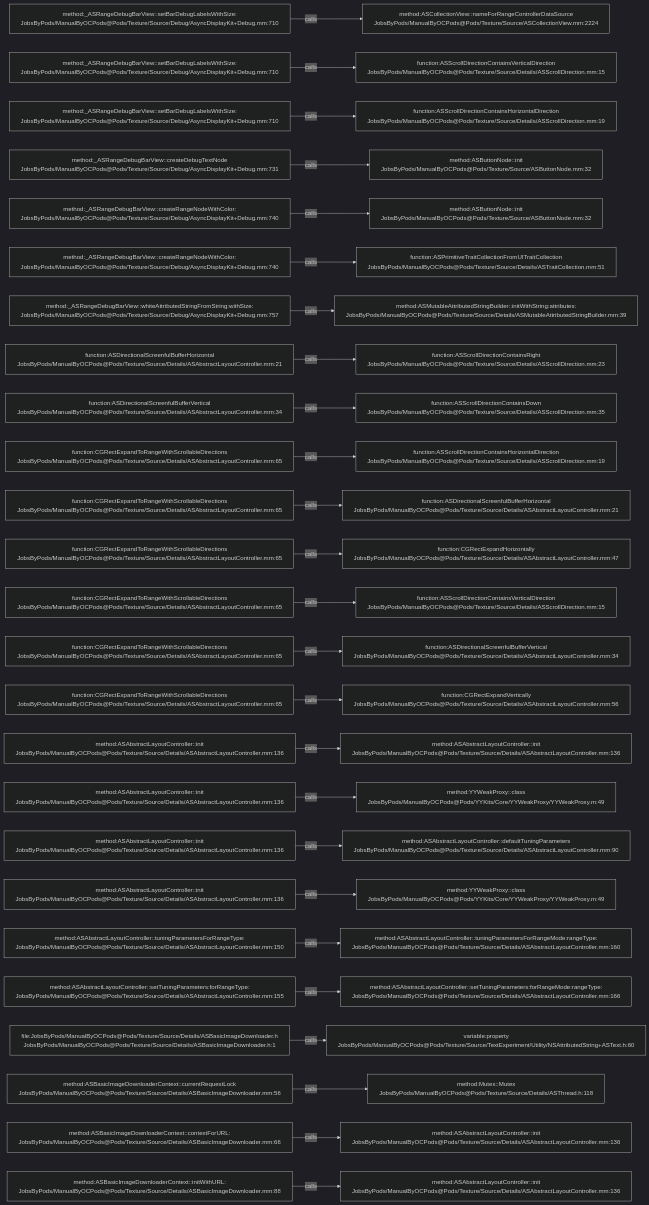
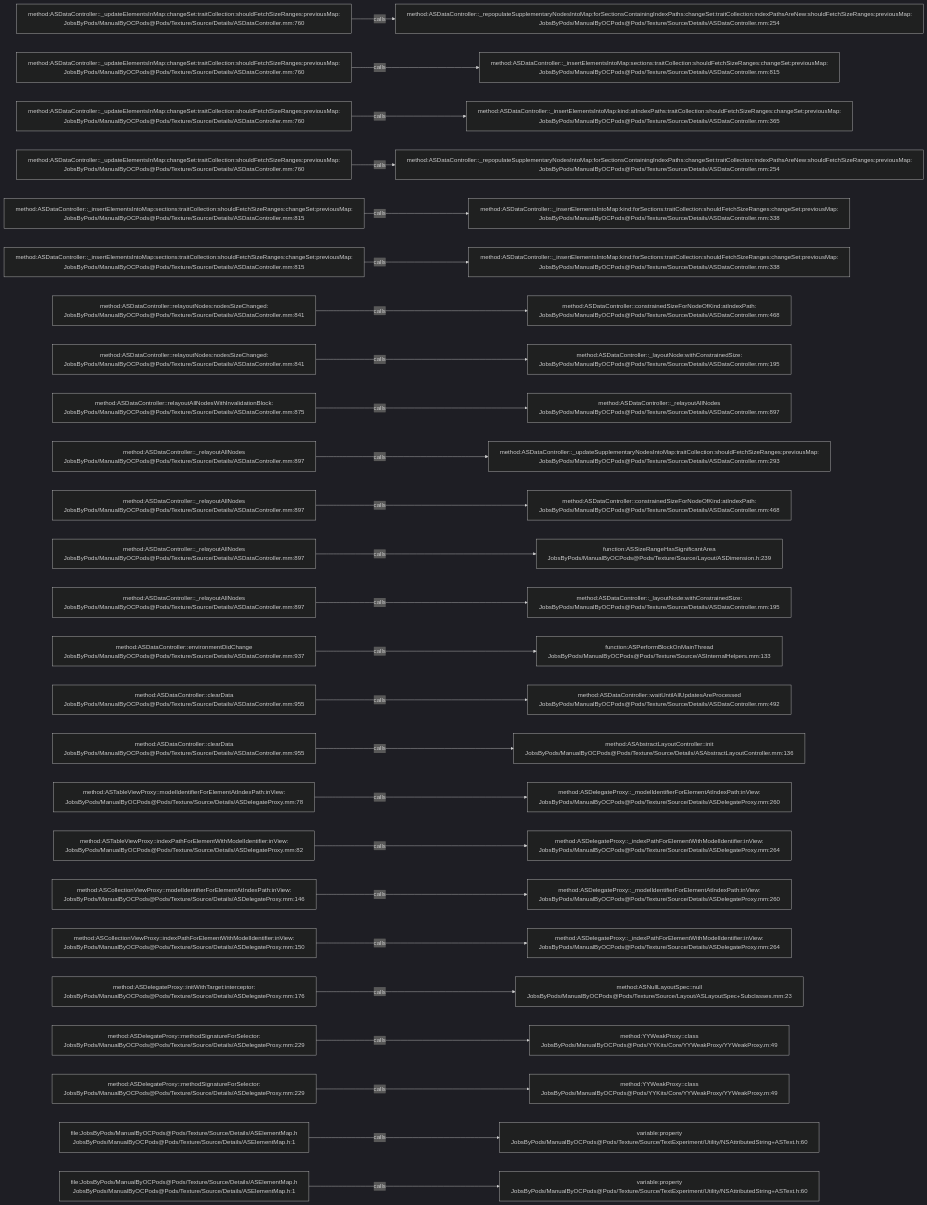
The diagram in .codegraph/codegraph.md/graphs/calls-148.md (JobsKits/JobsOCBaseConfigDemo), drawn with Mermaid (dark theme) before and after one commit. The commit also changed 1448 other files, not shown here.

````diff
--- a/.codegraph/codegraph.md/graphs/calls-148.md
+++ b/.codegraph/codegraph.md/graphs/calls-148.md
@@ -13,78 +13,78 @@
 ```mermaid
 flowchart LR
-  S1["method:_ASRangeDebugBarView::setBarDebugLabelsWithSize:<br/>JobsByPods/ManualByOCPods@Pods/Texture/Source/Debug/AsyncDisplayKit+Debug.mm:710"]
-  T1["method:ASCollectionView::nameForRangeControllerDataSource<br/>JobsByPods/ManualByOCPods@Pods/Texture/Source/ASCollectionView.mm:2224"]
+  S1["method:ASDataController::_updateElementsInMap:changeSet:traitCollection:shouldFetchSizeRanges:previousMap:<br/>JobsByPods/ManualByOCPods@Pods/Texture/Source/Details/ASDataController.mm:760"]
+  T1["method:ASDataController::_repopulateSupplementaryNodesIntoMap:forSectionsContainingIndexPaths:changeSet:traitCollection:indexPathsAreNew:shouldFetchSizeRanges:previousMap:<br/>JobsByPods/ManualByOCPods@Pods/Texture/Source/Details/ASDataController.mm:254"]
   S1 -->|calls| T1
-  S2["method:_ASRangeDebugBarView::setBarDebugLabelsWithSize:<br/>JobsByPods/ManualByOCPods@Pods/Texture/Source/Debug/AsyncDisplayKit+Debug.mm:710"]
-  T2["function:ASScrollDirectionContainsVerticalDirection<br/>JobsByPods/ManualByOCPods@Pods/Texture/Source/Details/ASScrollDirection.mm:15"]
+  S2["method:ASDataController::_updateElementsInMap:changeSet:traitCollection:shouldFetchSizeRanges:previousMap:<br/>JobsByPods/ManualByOCPods@Pods/Texture/Source/Details/ASDataController.mm:760"]
+  T2["method:ASDataController::_insertElementsIntoMap:sections:traitCollection:shouldFetchSizeRanges:changeSet:previousMap:<br/>JobsByPods/ManualByOCPods@Pods/Texture/Source/Details/ASDataController.mm:815"]
   S2 -->|calls| T2
-  S3["method:_ASRangeDebugBarView::setBarDebugLabelsWithSize:<br/>JobsByPods/ManualByOCPods@Pods/Texture/Source/Debug/AsyncDisplayKit+Debug.mm:710"]
-  T3["function:ASScrollDirectionContainsHorizontalDirection<br/>JobsByPods/ManualByOCPods@Pods/Texture/Source/Details/ASScrollDirection.mm:19"]
+  S3["method:ASDataController::_updateElementsInMap:changeSet:traitCollection:shouldFetchSizeRanges:previousMap:<br/>JobsByPods/ManualByOCPods@Pods/Texture/Source/Details/ASDataController.mm:760"]
+  T3["method:ASDataController::_insertElementsIntoMap:kind:atIndexPaths:traitCollection:shouldFetchSizeRanges:changeSet:previousMap:<br/>JobsByPods/ManualByOCPods@Pods/Texture/Source/Details/ASDataController.mm:365"]
   S3 -->|calls| T3
-  S4["method:_ASRangeDebugBarView::createDebugTextNode<br/>JobsByPods/ManualByOCPods@Pods/Texture/Source/Debug/AsyncDisplayKit+Debug.mm:731"]
-  T4["method:ASButtonNode::init<br/>JobsByPods/ManualByOCPods@Pods/Texture/Source/ASButtonNode.mm:32"]
+  S4["method:ASDataController::_updateElementsInMap:changeSet:traitCollection:shouldFetchSizeRanges:previousMap:<br/>JobsByPods/ManualByOCPods@Pods/Texture/Source/Details/ASDataController.mm:760"]
+  T4["method:ASDataController::_repopulateSupplementaryNodesIntoMap:forSectionsContainingIndexPaths:changeSet:traitCollection:indexPathsAreNew:shouldFetchSizeRanges:previousMap:<br/>JobsByPods/ManualByOCPods@Pods/Texture/Source/Details/ASDataController.mm:254"]
   S4 -->|calls| T4
-  S5["method:_ASRangeDebugBarView::createRangeNodeWithColor:<br/>JobsByPods/ManualByOCPods@Pods/Texture/Source/Debug/AsyncDisplayKit+Debug.mm:740"]
-  T5["method:ASButtonNode::init<br/>JobsByPods/ManualByOCPods@Pods/Texture/Source/ASButtonNode.mm:32"]
+  S5["method:ASDataController::_insertElementsIntoMap:sections:traitCollection:shouldFetchSizeRanges:changeSet:previousMap:<br/>JobsByPods/ManualByOCPods@Pods/Texture/Source/Details/ASDataController.mm:815"]
+  T5["method:ASDataController::_insertElementsIntoMap:kind:forSections:traitCollection:shouldFetchSizeRanges:changeSet:previousMap:<br/>JobsByPods/ManualByOCPods@Pods/Texture/Source/Details/ASDataController.mm:338"]
   S5 -->|calls| T5
-  S6["method:_ASRangeDebugBarView::createRangeNodeWithColor:<br/>JobsByPods/ManualByOCPods@Pods/Texture/Source/Debug/AsyncDisplayKit+Debug.mm:740"]
-  T6["function:ASPrimitiveTraitCollectionFromUITraitCollection<br/>JobsByPods/ManualByOCPods@Pods/Texture/Source/Details/ASTraitCollection.mm:51"]
+  S6["method:ASDataController::_insertElementsIntoMap:sections:traitCollection:shouldFetchSizeRanges:changeSet:previousMap:<br/>JobsByPods/ManualByOCPods@Pods/Texture/Source/Details/ASDataController.mm:815"]
+  T6["method:ASDataController::_insertElementsIntoMap:kind:forSections:traitCollection:shouldFetchSizeRanges:changeSet:previousMap:<br/>JobsByPods/ManualByOCPods@Pods/Texture/Source/Details/ASDataController.mm:338"]
   S6 -->|calls| T6
-  S7["method:_ASRangeDebugBarView::whiteAttributedStringFromString:withSize:<br/>JobsByPods/ManualByOCPods@Pods/Texture/Source/Debug/AsyncDisplayKit+Debug.mm:757"]
-  T7["method:ASMutableAttributedStringBuilder::initWithString:attributes:<br/>JobsByPods/ManualByOCPods@Pods/Texture/Source/Details/ASMutableAttributedStringBuilder.mm:39"]
+  S7["method:ASDataController::relayoutNodes:nodesSizeChanged:<br/>JobsByPods/ManualByOCPods@Pods/Texture/Source/Details/ASDataController.mm:841"]
+  T7["method:ASDataController::constrainedSizeForNodeOfKind:atIndexPath:<br/>JobsByPods/ManualByOCPods@Pods/Texture/Source/Details/ASDataController.mm:468"]
   S7 -->|calls| T7
-  S8["function:ASDirectionalScreenfulBufferHorizontal<br/>JobsByPods/ManualByOCPods@Pods/Texture/Source/Details/ASAbstractLayoutController.mm:21"]
-  T8["function:ASScrollDirectionContainsRight<br/>JobsByPods/ManualByOCPods@Pods/Texture/Source/Details/ASScrollDirection.mm:23"]
+  S8["method:ASDataController::relayoutNodes:nodesSizeChanged:<br/>JobsByPods/ManualByOCPods@Pods/Texture/Source/Details/ASDataController.mm:841"]
+  T8["method:ASDataController::_layoutNode:withConstrainedSize:<br/>JobsByPods/ManualByOCPods@Pods/Texture/Source/Details/ASDataController.mm:195"]
   S8 -->|calls| T8
-  S9["function:ASDirectionalScreenfulBufferVertical<br/>JobsByPods/ManualByOCPods@Pods/Texture/Source/Details/ASAbstractLayoutController.mm:34"]
-  T9["function:ASScrollDirectionContainsDown<br/>JobsByPods/ManualByOCPods@Pods/Texture/Source/Details/ASScrollDirection.mm:35"]
+  S9["method:ASDataController::relayoutAllNodesWithInvalidationBlock:<br/>JobsByPods/ManualByOCPods@Pods/Texture/Source/Details/ASDataController.mm:875"]
+  T9["method:ASDataController::_relayoutAllNodes<br/>JobsByPods/ManualByOCPods@Pods/Texture/Source/Details/ASDataController.mm:897"]
   S9 -->|calls| T9
-  S10["function:CGRectExpandToRangeWithScrollableDirections<br/>JobsByPods/ManualByOCPods@Pods/Texture/Source/Details/ASAbstractLayoutController.mm:65"]
-  T10["function:ASScrollDirectionContainsHorizontalDirection<br/>JobsByPods/ManualByOCPods@Pods/Texture/Source/Details/ASScrollDirection.mm:19"]
+  S10["method:ASDataController::_relayoutAllNodes<br/>JobsByPods/ManualByOCPods@Pods/Texture/Source/Details/ASDataController.mm:897"]
+  T10["method:ASDataController::_updateSupplementaryNodesIntoMap:traitCollection:shouldFetchSizeRanges:previousMap:<br/>JobsByPods/ManualByOCPods@Pods/Texture/Source/Details/ASDataController.mm:293"]
   S10 -->|calls| T10
-  S11["function:CGRectExpandToRangeWithScrollableDirections<br/>JobsByPods/ManualByOCPods@Pods/Texture/Source/Details/ASAbstractLayoutController.mm:65"]
-  T11["function:ASDirectionalScreenfulBufferHorizontal<br/>JobsByPods/ManualByOCPods@Pods/Texture/Source/Details/ASAbstractLayoutController.mm:21"]
+  S11["method:ASDataController::_relayoutAllNodes<br/>JobsByPods/ManualByOCPods@Pods/Texture/Source/Details/ASDataController.mm:897"]
+  T11["method:ASDataController::constrainedSizeForNodeOfKind:atIndexPath:<br/>JobsByPods/ManualByOCPods@Pods/Texture/Source/Details/ASDataController.mm:468"]
   S11 -->|calls| T11
-  S12["function:CGRectExpandToRangeWithScrollableDirections<br/>JobsByPods/ManualByOCPods@Pods/Texture/Source/Details/ASAbstractLayoutController.mm:65"]
-  T12["function:CGRectExpandHorizontally<br/>JobsByPods/ManualByOCPods@Pods/Texture/Source/Details/ASAbstractLayoutController.mm:47"]
+  S12["method:ASDataController::_relayoutAllNodes<br/>JobsByPods/ManualByOCPods@Pods/Texture/Source/Details/ASDataController.mm:897"]
+  T12["function:ASSizeRangeHasSignificantArea<br/>JobsByPods/ManualByOCPods@Pods/Texture/Source/Layout/ASDimension.h:239"]
   S12 -->|calls| T12
-  S13["function:CGRectExpandToRangeWithScrollableDirections<br/>JobsByPods/ManualByOCPods@Pods/Texture/Source/Details/ASAbstractLayoutController.mm:65"]
-  T13["function:ASScrollDirectionContainsVerticalDirection<br/>JobsByPods/ManualByOCPods@Pods/Texture/Source/Details/ASScrollDirection.mm:15"]
+  S13["method:ASDataController::_relayoutAllNodes<br/>JobsByPods/ManualByOCPods@Pods/Texture/Source/Details/ASDataController.mm:897"]
+  T13["method:ASDataController::_layoutNode:withConstrainedSize:<br/>JobsByPods/ManualByOCPods@Pods/Texture/Source/Details/ASDataController.mm:195"]
   S13 -->|calls| T13
-  S14["function:CGRectExpandToRangeWithScrollableDirections<br/>JobsByPods/ManualByOCPods@Pods/Texture/Source/Details/ASAbstractLayoutController.mm:65"]
-  T14["function:ASDirectionalScreenfulBufferVertical<br/>JobsByPods/ManualByOCPods@Pods/Texture/Source/Details/ASAbstractLayoutController.mm:34"]
+  S14["method:ASDataController::environmentDidChange<br/>JobsByPods/ManualByOCPods@Pods/Texture/Source/Details/ASDataController.mm:937"]
+  T14["function:ASPerformBlockOnMainThread<br/>JobsByPods/ManualByOCPods@Pods/Texture/Source/ASInternalHelpers.mm:133"]
   S14 -->|calls| T14
-  S15["function:CGRectExpandToRangeWithScrollableDirections<br/>JobsByPods/ManualByOCPods@Pods/Texture/Source/Details/ASAbstractLayoutController.mm:65"]
-  T15["function:CGRectExpandVertically<br/>JobsByPods/ManualByOCPods@Pods/Texture/Source/Details/ASAbstractLayoutController.mm:56"]
+  S15["method:ASDataController::clearData<br/>JobsByPods/ManualByOCPods@Pods/Texture/Source/Details/ASDataController.mm:955"]
+  T15["method:ASDataController::waitUntilAllUpdatesAreProcessed<br/>JobsByPods/ManualByOCPods@Pods/Texture/Source/Details/ASDataController.mm:492"]
   S15 -->|calls| T15
-  S16["method:ASAbstractLayoutController::init<br/>JobsByPods/ManualByOCPods@Pods/Texture/Source/Details/ASAbstractLayoutController.mm:136"]
+  S16["method:ASDataController::clearData<br/>JobsByPods/ManualByOCPods@Pods/Texture/Source/Details/ASDataController.mm:955"]
   T16["method:ASAbstractLayoutController::init<br/>JobsByPods/ManualByOCPods@Pods/Texture/Source/Details/ASAbstractLayoutController.mm:136"]
   S16 -->|calls| T16
-  S17["method:ASAbstractLayoutController::init<br/>JobsByPods/ManualByOCPods@Pods/Texture/Source/Details/ASAbstractLayoutController.mm:136"]
-  T17["method:YYWeakProxy::class<br/>JobsByPods/ManualByOCPods@Pods/YYKits/Core/YYWeakProxy/YYWeakProxy.m:49"]
+  S17["method:ASTableViewProxy::modelIdentifierForElementAtIndexPath:inView:<br/>JobsByPods/ManualByOCPods@Pods/Texture/Source/Details/ASDelegateProxy.mm:78"]
+  T17["method:ASDelegateProxy::_modelIdentifierForElementAtIndexPath:inView:<br/>JobsByPods/ManualByOCPods@Pods/Texture/Source/Details/ASDelegateProxy.mm:260"]
   S17 -->|calls| T17
-  S18["method:ASAbstractLayoutController::init<br/>JobsByPods/ManualByOCPods@Pods/Texture/Source/Details/ASAbstractLayoutController.mm:136"]
-  T18["method:ASAbstractLayoutController::defaultTuningParameters<br/>JobsByPods/ManualByOCPods@Pods/Texture/Source/Details/ASAbstractLayoutController.mm:90"]
+  S18["method:ASTableViewProxy::indexPathForElementWithModelIdentifier:inView:<br/>JobsByPods/ManualByOCPods@Pods/Texture/Source/Details/ASDelegateProxy.mm:82"]
+  T18["method:ASDelegateProxy::_indexPathForElementWithModelIdentifier:inView:<br/>JobsByPods/ManualByOCPods@Pods/Texture/Source/Details/ASDelegateProxy.mm:264"]
   S18 -->|calls| T18
-  S19["method:ASAbstractLayoutController::init<br/>JobsByPods/ManualByOCPods@Pods/Texture/Source/Details/ASAbstractLayoutController.mm:136"]
-  T19["method:YYWeakProxy::class<br/>JobsByPods/ManualByOCPods@Pods/YYKits/Core/YYWeakProxy/YYWeakProxy.m:49"]
+  S19["method:ASCollectionViewProxy::modelIdentifierForElementAtIndexPath:inView:<br/>JobsByPods/ManualByOCPods@Pods/Texture/Source/Details/ASDelegateProxy.mm:146"]
+  T19["method:ASDelegateProxy::_modelIdentifierForElementAtIndexPath:inView:<br/>JobsByPods/ManualByOCPods@Pods/Texture/Source/Details/ASDelegateProxy.mm:260"]
   S19 -->|calls| T19
-  S20["method:ASAbstractLayoutController::tuningParametersForRangeType:<br/>JobsByPods/ManualByOCPods@Pods/Texture/Source/Details/ASAbstractLayoutController.mm:150"]
-  T20["method:ASAbstractLayoutController::tuningParametersForRangeMode:rangeType:<br/>JobsByPods/ManualByOCPods@Pods/Texture/Source/Details/ASAbstractLayoutController.mm:160"]
+  S20["method:ASCollectionViewProxy::indexPathForElementWithModelIdentifier:inView:<br/>JobsByPods/ManualByOCPods@Pods/Texture/Source/Details/ASDelegateProxy.mm:150"]
+  T20["method:ASDelegateProxy::_indexPathForElementWithModelIdentifier:inView:<br/>JobsByPods/ManualByOCPods@Pods/Texture/Source/Details/ASDelegateProxy.mm:264"]
   S20 -->|calls| T20
-  S21["method:ASAbstractLayoutController::setTuningParameters:forRangeType:<br/>JobsByPods/ManualByOCPods@Pods/Texture/Source/Details/ASAbstractLayoutController.mm:155"]
-  T21["method:ASAbstractLayoutController::setTuningParameters:forRangeMode:rangeType:<br/>JobsByPods/ManualByOCPods@Pods/Texture/Source/Details/ASAbstractLayoutController.mm:166"]
+  S21["method:ASDelegateProxy::initWithTarget:interceptor:<br/>JobsByPods/ManualByOCPods@Pods/Texture/Source/Details/ASDelegateProxy.mm:176"]
+  T21["method:ASNullLayoutSpec::null<br/>JobsByPods/ManualByOCPods@Pods/Texture/Source/Layout/ASLayoutSpec+Subclasses.mm:23"]
   S21 -->|calls| T21
-  S22["file:JobsByPods/ManualByOCPods@Pods/Texture/Source/Details/ASBasicImageDownloader.h<br/>JobsByPods/ManualByOCPods@Pods/Texture/Source/Details/ASBasicImageDownloader.h:1"]
-  T22["variable:property<br/>JobsByPods/ManualByOCPods@Pods/Texture/Source/TextExperiment/Utility/NSAttributedString+ASText.h:60"]
+  S22["method:ASDelegateProxy::methodSignatureForSelector:<br/>JobsByPods/ManualByOCPods@Pods/Texture/Source/Details/ASDelegateProxy.mm:229"]
+  T22["method:YYWeakProxy::class<br/>JobsByPods/ManualByOCPods@Pods/YYKits/Core/YYWeakProxy/YYWeakProxy.m:49"]
   S22 -->|calls| T22
-  S23["method:ASBasicImageDownloaderContext::currentRequestLock<br/>JobsByPods/ManualByOCPods@Pods/Texture/Source/Details/ASBasicImageDownloader.mm:56"]
-  T23["method:Mutex::Mutex<br/>JobsByPods/ManualByOCPods@Pods/Texture/Source/Details/ASThread.h:118"]
+  S23["method:ASDelegateProxy::methodSignatureForSelector:<br/>JobsByPods/ManualByOCPods@Pods/Texture/Source/Details/ASDelegateProxy.mm:229"]
+  T23["method:YYWeakProxy::class<br/>JobsByPods/ManualByOCPods@Pods/YYKits/Core/YYWeakProxy/YYWeakProxy.m:49"]
   S23 -->|calls| T23
-  S24["method:ASBasicImageDownloaderContext::contextForURL:<br/>JobsByPods/ManualByOCPods@Pods/Texture/Source/Details/ASBasicImageDownloader.mm:66"]
-  T24["method:ASAbstractLayoutController::init<br/>JobsByPods/ManualByOCPods@Pods/Texture/Source/Details/ASAbstractLayoutController.mm:136"]
+  S24["file:JobsByPods/ManualByOCPods@Pods/Texture/Source/Details/ASElementMap.h<br/>JobsByPods/ManualByOCPods@Pods/Texture/Source/Details/ASElementMap.h:1"]
+  T24["variable:property<br/>JobsByPods/ManualByOCPods@Pods/Texture/Source/TextExperiment/Utility/NSAttributedString+ASText.h:60"]
   S24 -->|calls| T24
-  S25["method:ASBasicImageDownloaderContext::initWithURL:<br/>JobsByPods/ManualByOCPods@Pods/Texture/Source/Details/ASBasicImageDownloader.mm:88"]
-  T25["method:ASAbstractLayoutController::init<br/>JobsByPods/ManualByOCPods@Pods/Texture/Source/Details/ASAbstractLayoutController.mm:136"]
+  S25["file:JobsByPods/ManualByOCPods@Pods/Texture/Source/Details/ASElementMap.h<br/>JobsByPods/ManualByOCPods@Pods/Texture/Source/Details/ASElementMap.h:1"]
+  T25["variable:property<br/>JobsByPods/ManualByOCPods@Pods/Texture/Source/TextExperiment/Utility/NSAttributedString+ASText.h:60"]
   S25 -->|calls| T25
 ```
````
